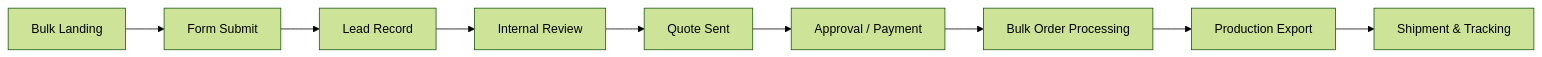
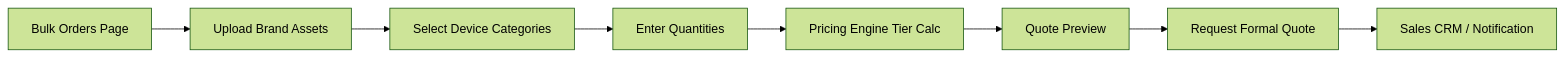
The second of 5 diagrams in laps.md (YassinYakoubi/nure_for_you_app-demo-), drawn with Mermaid (forest theme) before and after one commit. The commit also changed other lines of this file, not shown here.

````diff
--- a/laps.md
+++ b/laps.md
@@ -137,11 +125,10 @@
 ```mermaid
 flowchart LR
-A[Bulk Landing] --> B[Form Submit]
-B --> C[Lead Record]
-C --> D[Internal Review]
-D --> E[Quote Sent]
-E --> F[Approval / Payment]
-F --> G[Bulk Order Processing]
-G --> H[Production Export]
-H --> I[Shipment & Tracking]
+A[Bulk Orders Page] --> B[Upload Brand Assets]
+B --> C[Select Device Categories]
+C --> D[Enter Quantities]
+D --> E[Pricing Engine Tier Calc]
+E --> F[Quote Preview]
+F --> G[Request Formal Quote]
+G --> H[Sales CRM / Notification]
 ```
````
